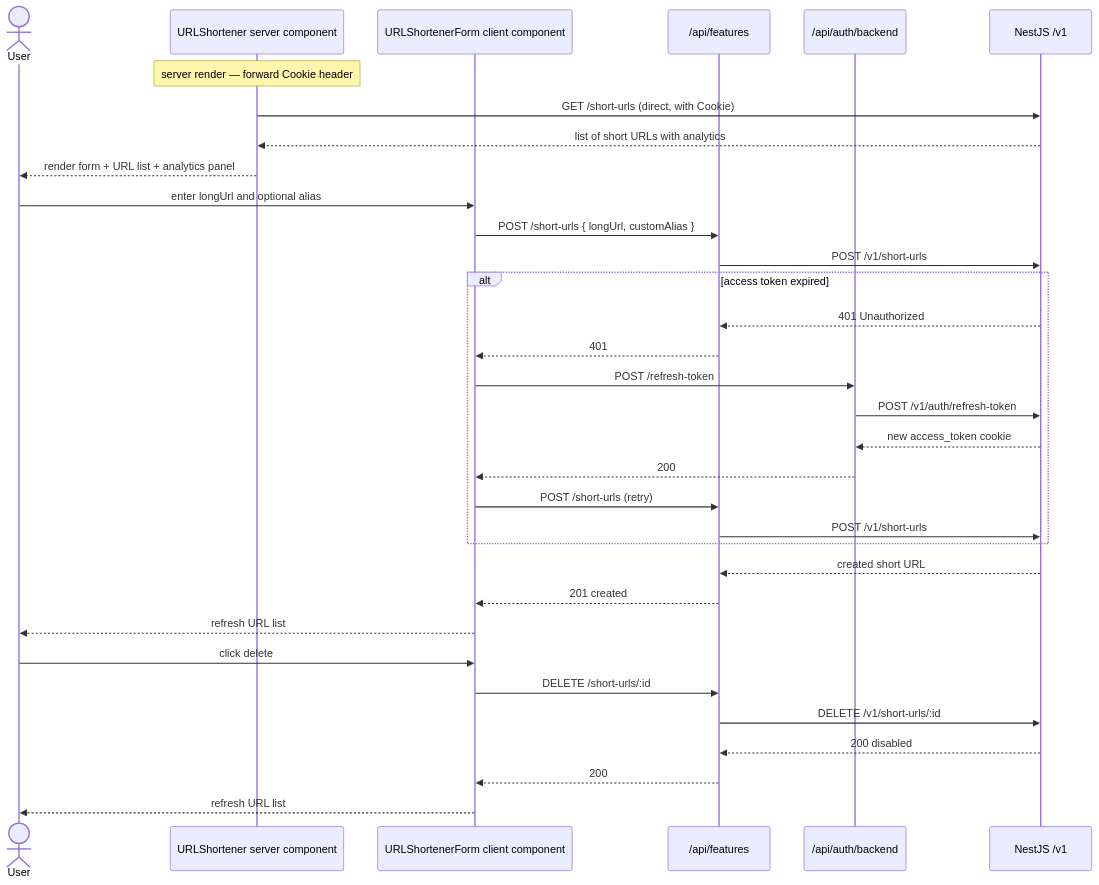
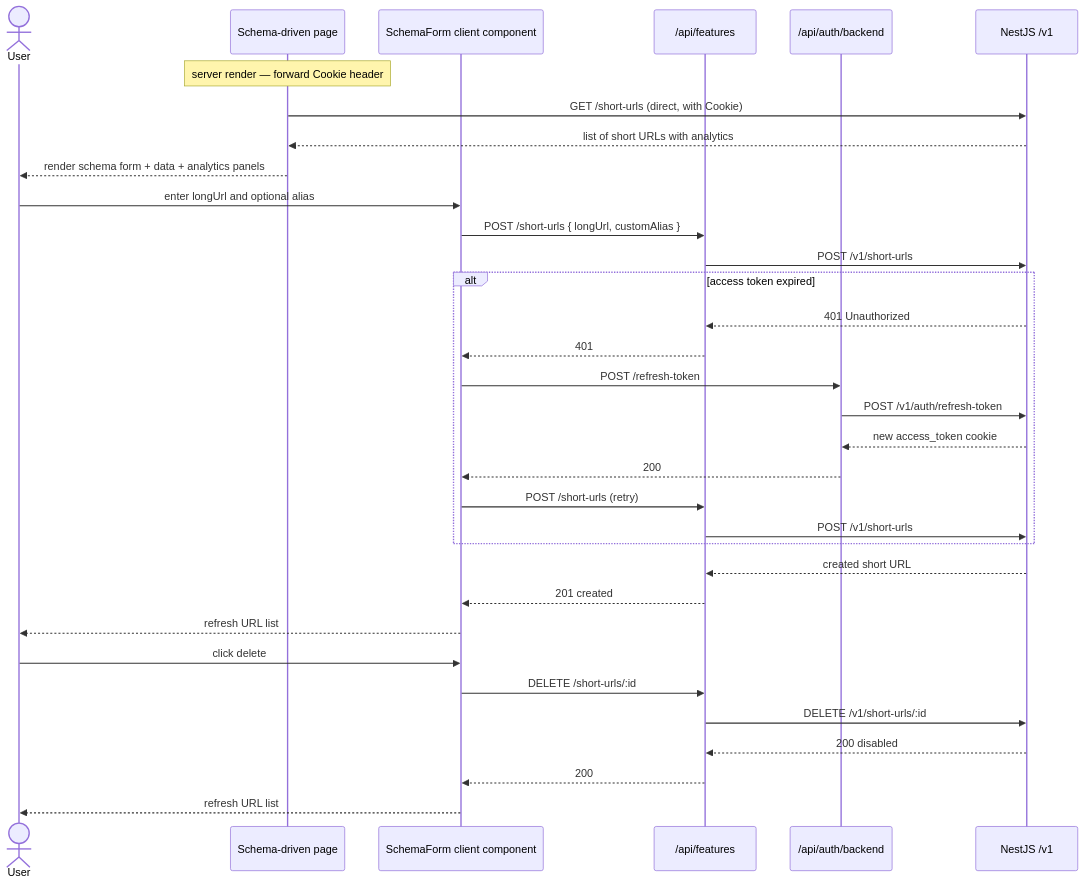
One commit to CodeBeginner000001/Link-Lab changed the eighth of 8 diagrams in client/mermaid.md. Above: the diagram before and after it, drawn with Mermaid. The commit also changed other lines of this file and 153 other files, not shown here.

````diff
--- a/client/mermaid.md
+++ b/client/mermaid.md
@@ -422,38 +423,38 @@
 ```mermaid
 sequenceDiagram
     actor User
-    participant Page as URLShortener server component
-    participant Form as URLShortenerForm client component
+    participant Page as Schema-driven page
+    participant Form as SchemaForm client component
     participant FeatureProxy as /api/features
     participant AuthProxy as /api/auth/backend
     participant NestJS as NestJS /v1
 
     Note over Page: server render — forward Cookie header
     Page->>NestJS: GET /short-urls (direct, with Cookie)
     NestJS-->>Page: list of short URLs with analytics
-    Page-->>User: render form + URL list + analytics panel
+    Page-->>User: render schema form + data + analytics panels
 
     User->>Form: enter longUrl and optional alias
     Form->>FeatureProxy: POST /short-urls { longUrl, customAlias }
     FeatureProxy->>NestJS: POST /v1/short-urls
     alt access token expired
         NestJS-->>FeatureProxy: 401 Unauthorized
         FeatureProxy-->>Form: 401
         Form->>AuthProxy: POST /refresh-token
         AuthProxy->>NestJS: POST /v1/auth/refresh-token
         NestJS-->>AuthProxy: new access_token cookie
         AuthProxy-->>Form: 200
         Form->>FeatureProxy: POST /short-urls (retry)
         FeatureProxy->>NestJS: POST /v1/short-urls
     end
     NestJS-->>FeatureProxy: created short URL
     FeatureProxy-->>Form: 201 created
     Form-->>User: refresh URL list
 
     User->>Form: click delete
     Form->>FeatureProxy: DELETE /short-urls/:id
     FeatureProxy->>NestJS: DELETE /v1/short-urls/:id
     NestJS-->>FeatureProxy: 200 disabled
     FeatureProxy-->>Form: 200
     Form-->>User: refresh URL list
 ```
````
